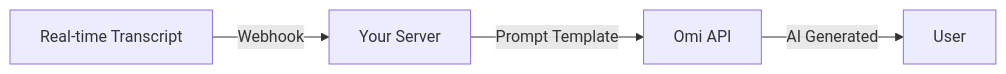
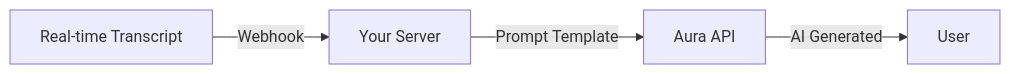
The second of 2 diagrams in docs/doc/developer/apps/Notifications.mdx (thesohamdatta/Aura-Wearable-AI), drawn with Mermaid before and after one commit. The commit also changed other lines of this file and 161 other files, not shown here.

Commit message:
chore: sanitize Omi branding to Aura across repository

````diff
--- a/docs/doc/developer/apps/Notifications.mdx
+++ b/docs/doc/developer/apps/Notifications.mdx
@@ -29,6 +29,6 @@
 ```mermaid
 flowchart LR
     T[Real-time Transcript] -->|Webhook| W[Your Server]
-    W -->|Prompt Template| O[Omi API]
+    W -->|Prompt Template| O[Aura API]
     O -->|AI Generated| U[User]
 ```
````
